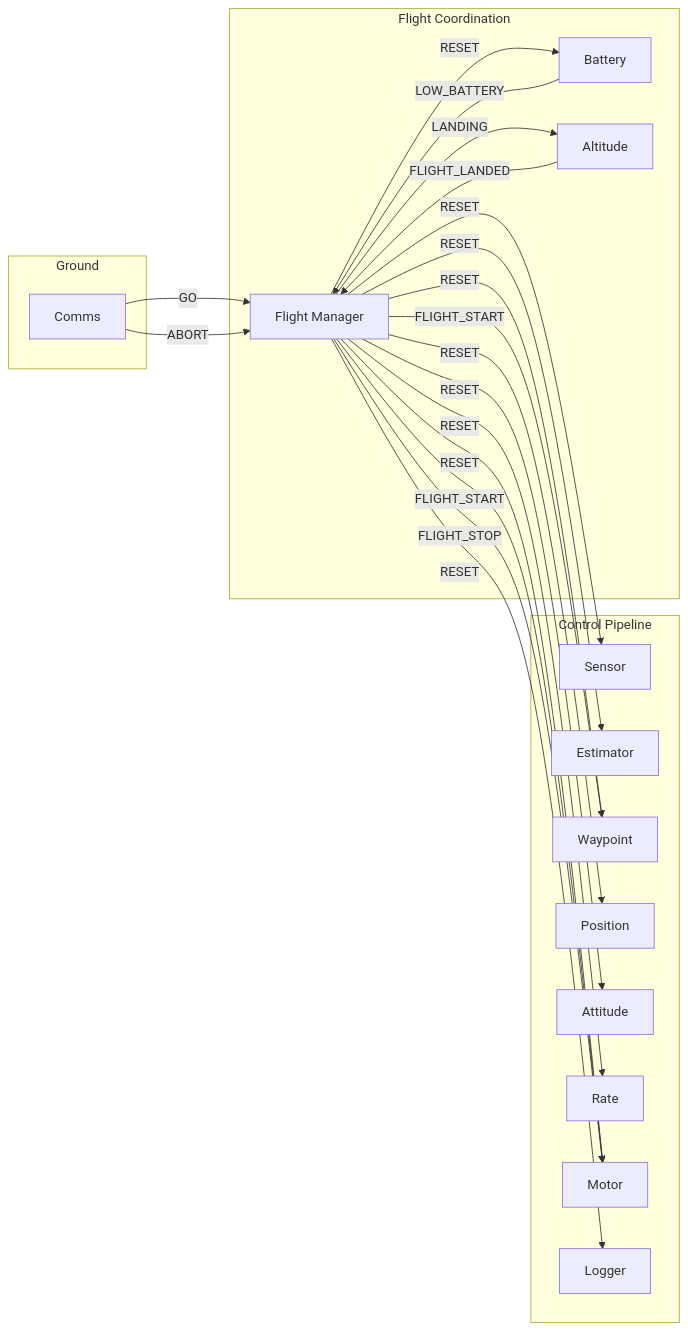
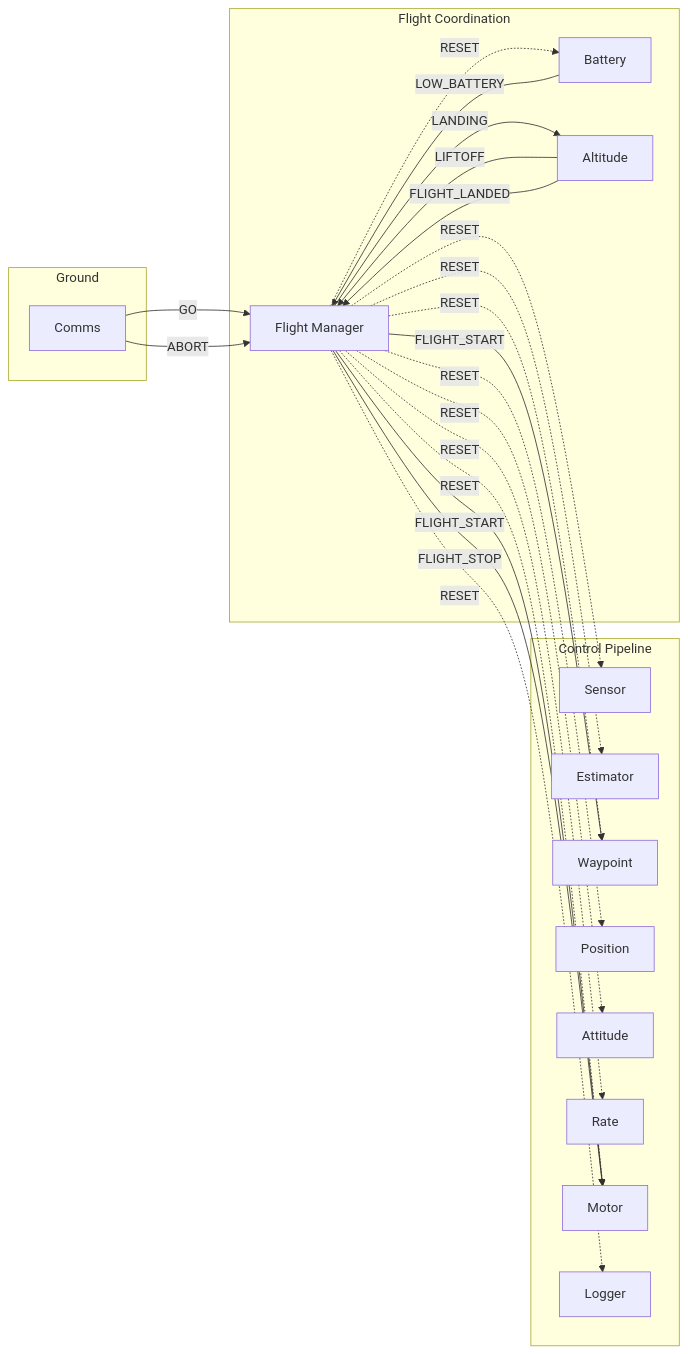
Before and after one commit to joagre/hive: the second of 2 diagrams in examples/pilot/README.md, drawn with Mermaid. The commit also changed other lines of this file, not shown here.

Commit message:
Fix IPC diagram: RESET is request/reply, add missing LIFTOFF notification

````diff
--- a/examples/pilot/README.md
+++ b/examples/pilot/README.md
@@ -147,43 +148,44 @@
 ```mermaid
 graph LR
     subgraph Ground
         Comms[Comms]
     end
 
     subgraph Flight Coordination
         FlightMgr[Flight Manager]
         Battery[Battery]
         Altitude[Altitude]
     end
 
     subgraph Control Pipeline
         Sensor[Sensor]
         Estimator[Estimator]
         Waypoint[Waypoint]
         Position[Position]
         Attitude[Attitude]
         Rate[Rate]
         Motor[Motor]
         Logger[Logger]
     end
 
     Comms -->|GO| FlightMgr
     Comms -->|ABORT| FlightMgr
     Battery -->|LOW_BATTERY| FlightMgr
+    Altitude -->|LIFTOFF| FlightMgr
     Altitude -->|FLIGHT_LANDED| FlightMgr
 
-    FlightMgr -->|RESET| Sensor
-    FlightMgr -->|RESET| Estimator
-    FlightMgr -->|RESET| Waypoint
-    FlightMgr -->|RESET| Position
-    FlightMgr -->|RESET| Attitude
-    FlightMgr -->|RESET| Rate
-    FlightMgr -->|RESET| Motor
-    FlightMgr -->|RESET| Logger
-    FlightMgr -->|RESET| Battery
+    FlightMgr -.->|RESET| Sensor
+    FlightMgr -.->|RESET| Estimator
+    FlightMgr -.->|RESET| Waypoint
+    FlightMgr -.->|RESET| Position
+    FlightMgr -.->|RESET| Attitude
+    FlightMgr -.->|RESET| Rate
+    FlightMgr -.->|RESET| Motor
+    FlightMgr -.->|RESET| Logger
+    FlightMgr -.->|RESET| Battery
 
     FlightMgr -->|FLIGHT_START| Motor
     FlightMgr -->|FLIGHT_START| Waypoint
     FlightMgr -->|LANDING| Altitude
     FlightMgr -->|FLIGHT_STOP| Motor
 ```
````
